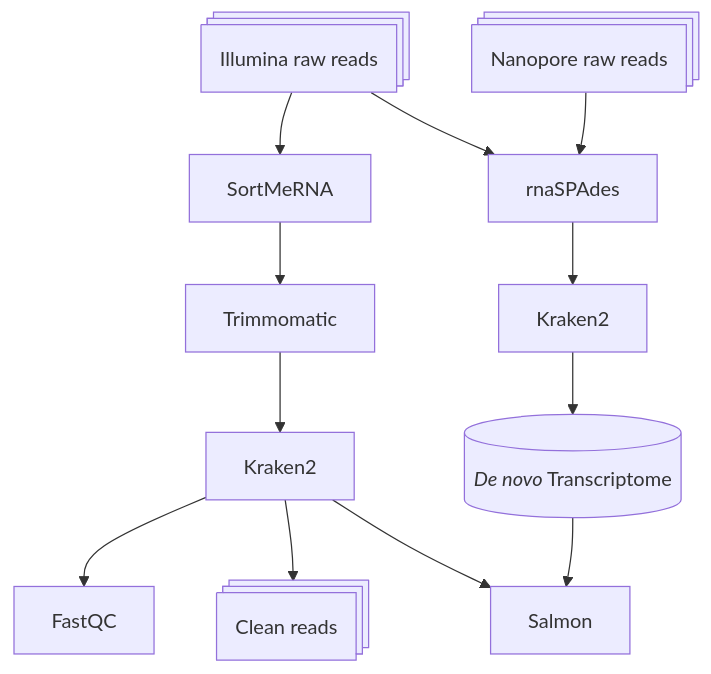
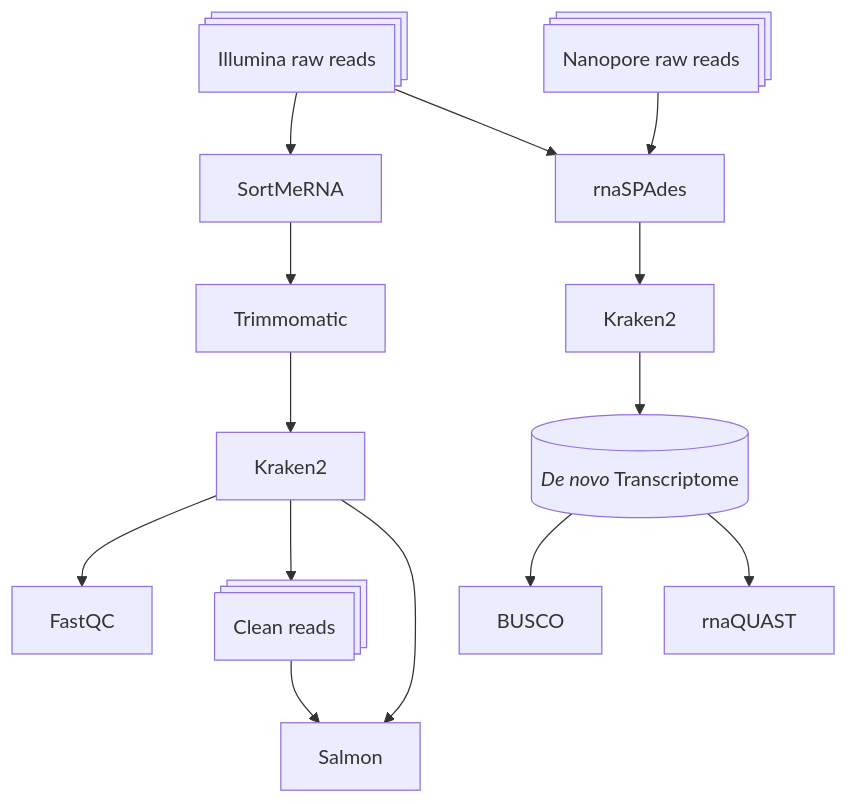
The diagram in README.md (kuprinak/Phragmites_drought_RNAseq), drawn with Mermaid before and after one commit.

````diff
--- a/README.md
+++ b/README.md
@@ -6,14 +6,17 @@
 ```mermaid
 flowchart TB
     A@{shape: procs, label: "Illumina raw reads"} --> B[SortMeRNA];
     B --> C[Trimmomatic];
     C --> K[Kraken2];
     K --> E[FastQC];
     K --> F@{shape: procs, label: "Clean reads"};
     A --> G[rnaSPAdes];
     AA@{shape: procs, label: "Nanopore raw reads"} --> G[rnaSPAdes];
     G --> K2[Kraken2];
     K2 -->T@{shape: cyl, label: "_De novo_ Transcriptome"};
-K --> S[Salmon]
-T --> S[Salmon]
+    T --> BU[BUSCO];
+    T --> Q[rnaQUAST];
+    K --> S[Salmon];
+    F --> S[Salmon];
+
 ```
````
